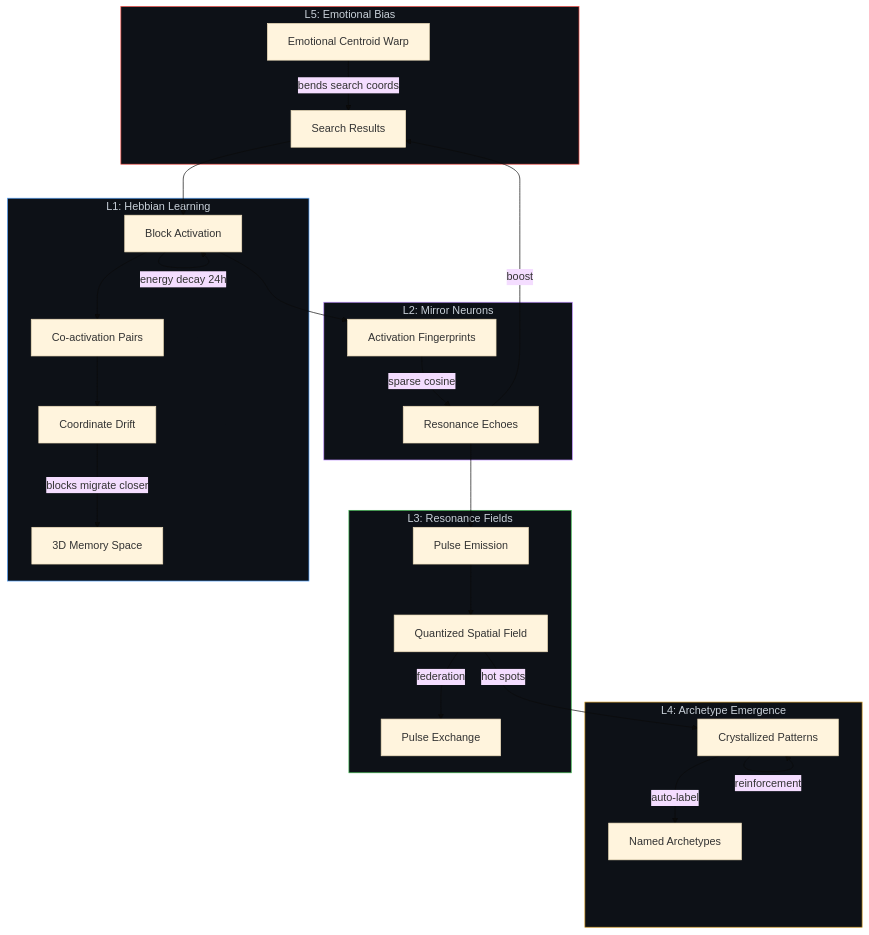
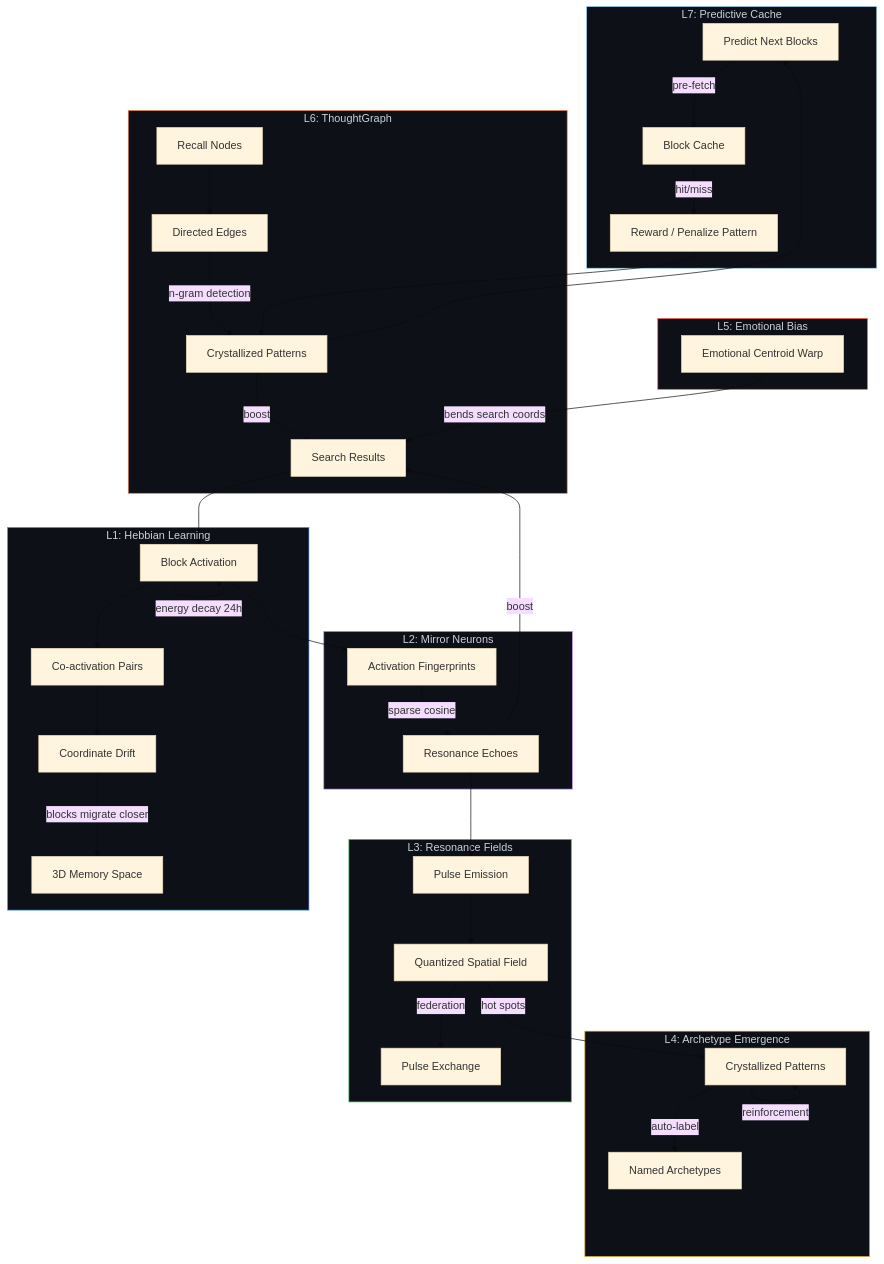
One commit to silentnoisehun/microscope-memory changed the second of 3 diagrams in README.md. Above: the diagram before and after it, drawn with Mermaid (base theme). The commit also changed other lines of this file and 1 other file, not shown here.

First line of the commit message:
Update README and Whitepaper for v0.4.0: 7-layer consciousness architecture

````diff
--- a/README.md
+++ b/README.md
@@ -39,41 +47,56 @@
 ```mermaid
 graph TB
+    subgraph L7["L7: Predictive Cache"]
+        PRED[Predict Next Blocks] -->|pre-fetch| CACHE[Block Cache]
+        CACHE -->|hit/miss| REWARD[Reward / Penalize Pattern]
+    end
+
+    subgraph L6["L6: ThoughtGraph"]
+        NODE[Recall Nodes] --> EDGE[Directed Edges]
+        EDGE -->|n-gram detection| PAT[Crystallized Patterns]
+        PAT -->|boost| SEARCH
+    end
+
     subgraph L5["L5: Emotional Bias"]
         EB[Emotional Centroid Warp]
         EB -->|bends search coords| SEARCH
     end
 
     subgraph L4["L4: Archetype Emergence"]
         ARC[Crystallized Patterns]
         ARC -->|reinforcement| ARC
         ARC -->|auto-label| LABEL[Named Archetypes]
     end
 
     subgraph L3["L3: Resonance Fields"]
         PULSE[Pulse Emission] --> FIELD[Quantized Spatial Field]
         FIELD -->|hot spots| ARC
         FIELD -->|federation| EXCHANGE[Pulse Exchange]
     end
 
     subgraph L2["L2: Mirror Neurons"]
         FP[Activation Fingerprints] -->|sparse cosine| ECHO[Resonance Echoes]
         ECHO -->|boost| SEARCH[Search Results]
     end
 
     subgraph L1["L1: Hebbian Learning"]
         ACT[Block Activation] --> COACT[Co-activation Pairs]
         COACT --> DRIFT[Coordinate Drift]
         DRIFT -->|blocks migrate closer| SPACE[3D Memory Space]
         ACT -->|energy decay 24h| ACT
     end
 
     SEARCH --> ACT
     ACT --> FP
     ECHO --> PULSE
+    PAT --> PRED
+    REWARD --> PAT
 
     style L1 fill:#0d1117,stroke:#58a6ff,color:#c9d1d9
     style L2 fill:#0d1117,stroke:#bc8cff,color:#c9d1d9
     style L3 fill:#0d1117,stroke:#3fb950,color:#c9d1d9
     style L4 fill:#0d1117,stroke:#d29922,color:#c9d1d9
     style L5 fill:#0d1117,stroke:#f85149,color:#c9d1d9
+    style L6 fill:#0d1117,stroke:#f0883e,color:#c9d1d9
+    style L7 fill:#0d1117,stroke:#a5d6ff,color:#c9d1d9
 ```
````
